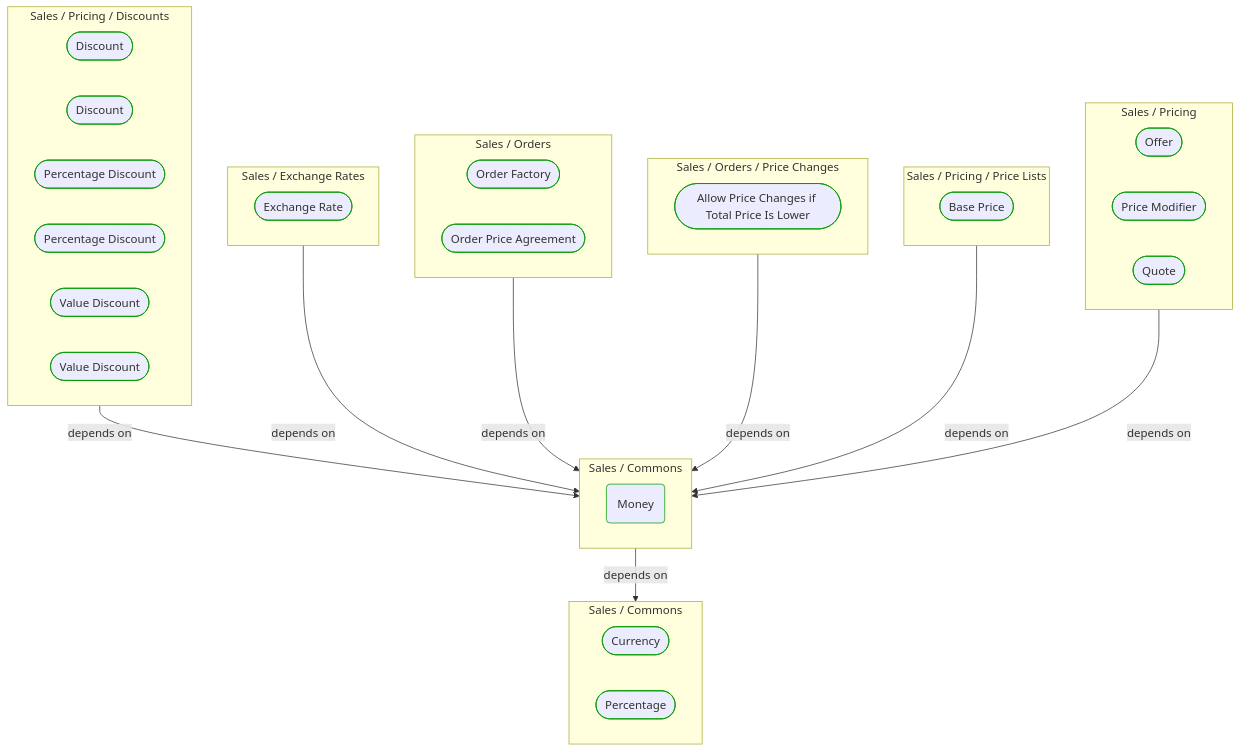
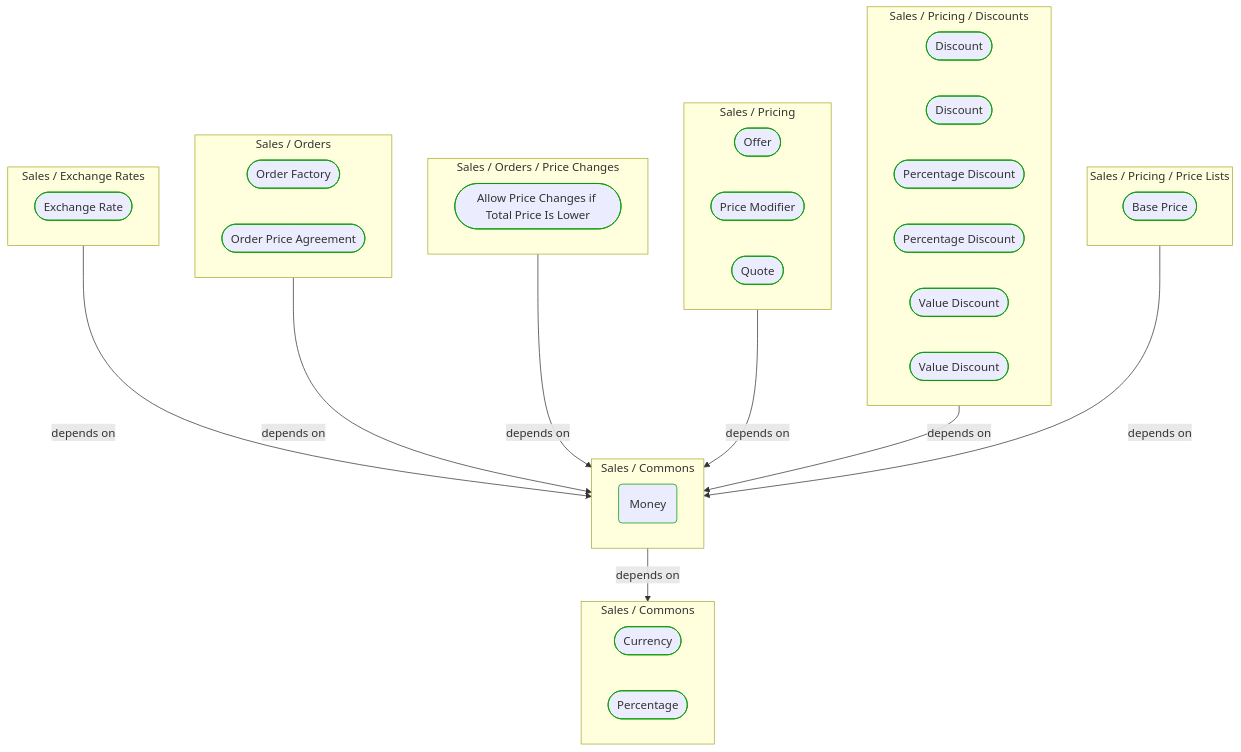
One commit to itlibrium/DDD-starter-dotnet changed the diagram in Docs/P3/MermaidOutput/Domain/Concepts/Sales/Commons/Money.md. Above: the diagram before and after it, drawn with Mermaid. The commit also changed 51 other files, not shown here.

````diff
--- a/Docs/P3/MermaidOutput/Domain/Concepts/Sales/Commons/Money.md
+++ b/Docs/P3/MermaidOutput/Domain/Concepts/Sales/Commons/Money.md
@@ -20,63 +20,63 @@
 ```mermaid
   flowchart TB
-    subgraph 0["Sales / Pricing / Discounts"]
-      1([Discount])
+    subgraph 0["Sales / Exchange Rates"]
+      1([Exchange Rate])
       class 1 DomainPerspective
-      2([Discount])
-      class 2 DomainPerspective
-      3([Percentage Discount])
+    end
+    subgraph 2["Sales / Orders"]
+      3([Order Factory])
       class 3 DomainPerspective
-      4([Percentage Discount])
+      4([Order Price Agreement])
       class 4 DomainPerspective
-      5([Value Discount])
-      class 5 DomainPerspective
-      6([Value Discount])
+    end
+    subgraph 5["Sales / Orders / Price Changes"]
+      6([Allow Price Changes if Total Price Is Lower])
       class 6 DomainPerspective
     end
-    subgraph 7["Sales / Exchange Rates"]
-      8([Exchange Rate])
+    subgraph 7["Sales / Pricing"]
+      8([Offer])
       class 8 DomainPerspective
+      9([Price Modifier])
+      class 9 DomainPerspective
+      10([Quote])
+      class 10 DomainPerspective
     end
-    subgraph 9["Sales / Orders"]
-      10([Order Factory])
-      class 10 DomainPerspective
-      11([Order Price Agreement])
-      class 11 DomainPerspective
+    subgraph 11["Sales / Pricing / Discounts"]
+      12([Discount])
+      class 12 DomainPerspective
+      13([Discount])
+      class 13 DomainPerspective
+      14([Percentage Discount])
+      class 14 DomainPerspective
+      15([Percentage Discount])
+      class 15 DomainPerspective
+      16([Value Discount])
+      class 16 DomainPerspective
+      17([Value Discount])
+      class 17 DomainPerspective
     end
-    subgraph 12["Sales / Orders / Price Changes"]
-      13([Allow Price Changes if Total Price Is Lower])
-      class 13 DomainPerspective
-    end
-    subgraph 14["Sales / Pricing / Price Lists"]
-      15([Base Price])
-      class 15 DomainPerspective
-    end
-    subgraph 16["Sales / Pricing"]
-      17([Offer])
-      class 17 DomainPerspective
-      18([Price Modifier])
-      class 18 DomainPerspective
-      19([Quote])
+    subgraph 18["Sales / Pricing / Price Lists"]
+      19([Base Price])
       class 19 DomainPerspective
     end
     subgraph 20["Sales / Commons"]
       21(Money)
       class 21 DomainPerspective
     end
     subgraph 22["Sales / Commons"]
       23([Currency])
       class 23 DomainPerspective
       24([Percentage])
       class 24 DomainPerspective
     end
     0-->|depends on|20
+    2-->|depends on|20
+    5-->|depends on|20
     7-->|depends on|20
-    9-->|depends on|20
-    12-->|depends on|20
-    14-->|depends on|20
-    16-->|depends on|20
+    11-->|depends on|20
+    18-->|depends on|20
     20-->|depends on|22
     classDef DomainPerspective stroke:#009900
     classDef TechnologyPerspective stroke:#1F41EB
     classDef PeoplePerspective stroke:#FFF014
 ```
````
